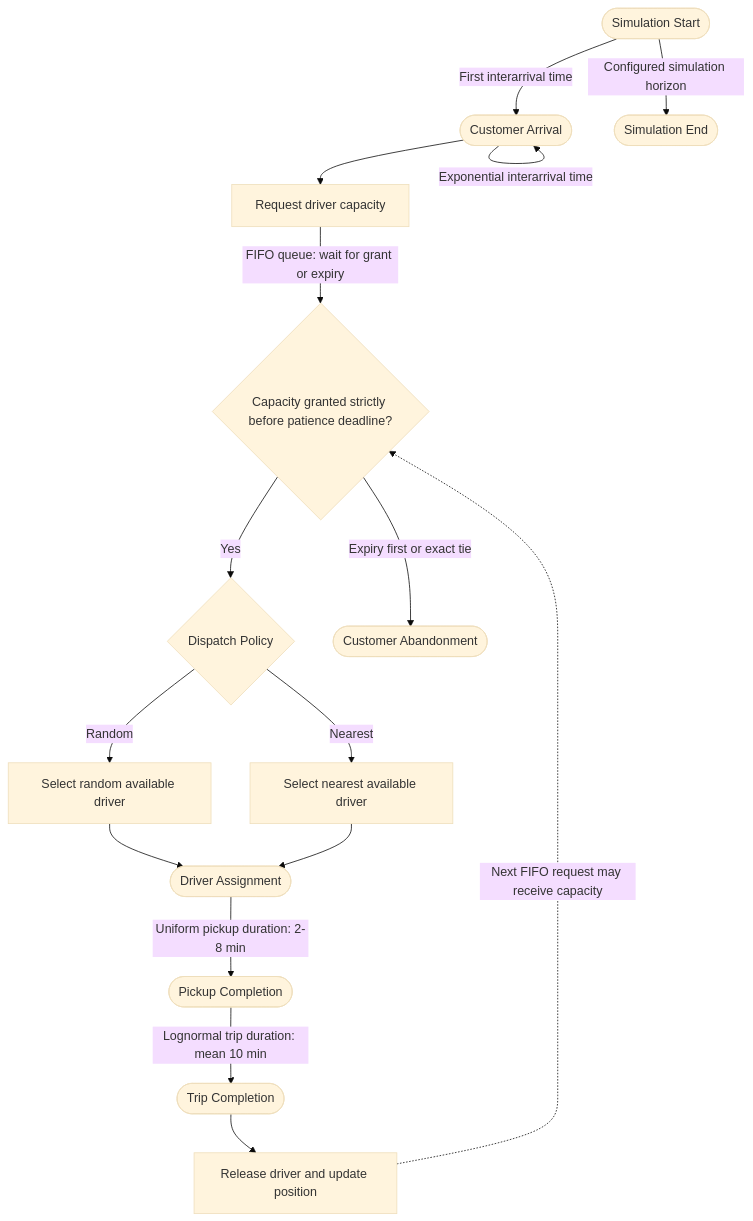
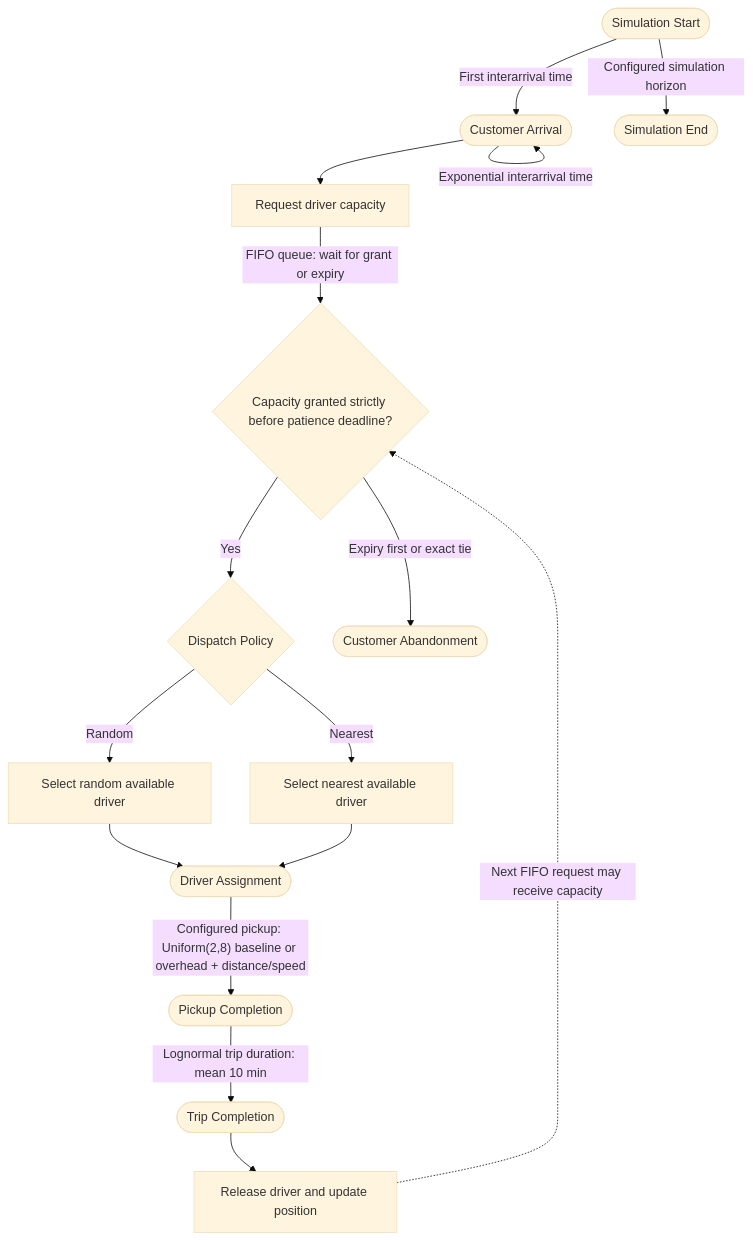
The diagram in EVENT_GRAPH.md (lilemiv/seng331-ridesharing-simulation), drawn with Mermaid (base theme) before and after one commit. The commit also changed other lines of this file and 26 other files, not shown here.

````diff
--- a/EVENT_GRAPH.md
+++ b/EVENT_GRAPH.md
@@ -10,32 +10,32 @@
 ```mermaid
 flowchart TD
     start([Simulation Start])
     arrival([Customer Arrival])
     request["Request driver capacity"]
     outcome{"Capacity granted strictly before patience deadline?"}
     policy{"Dispatch Policy"}
     random["Select random available driver"]
     nearest["Select nearest available driver"]
     assign([Driver Assignment])
     abandon([Customer Abandonment])
     pickup([Pickup Completion])
     trip([Trip Completion])
     release["Release driver and update position"]
     finish([Simulation End])
 
     start -->|"First interarrival time"| arrival
     arrival -->|"Exponential interarrival time"| arrival
     arrival --> request
     request -->|"FIFO queue: wait for grant or expiry"| outcome
     outcome -->|"Yes"| policy
     outcome -->|"Expiry first or exact tie"| abandon
     policy -->|"Random"| random
     policy -->|"Nearest"| nearest
     random --> assign
     nearest --> assign
-    assign -->|"Uniform pickup duration: 2-8 min"| pickup
+    assign -->|"Configured pickup: Uniform(2,8) baseline or overhead + distance/speed"| pickup
     pickup -->|"Lognormal trip duration: mean 10 min"| trip
     trip --> release
     release -.->|"Next FIFO request may receive capacity"| outcome
     start -->|"Configured simulation horizon"| finish
 ```
````
